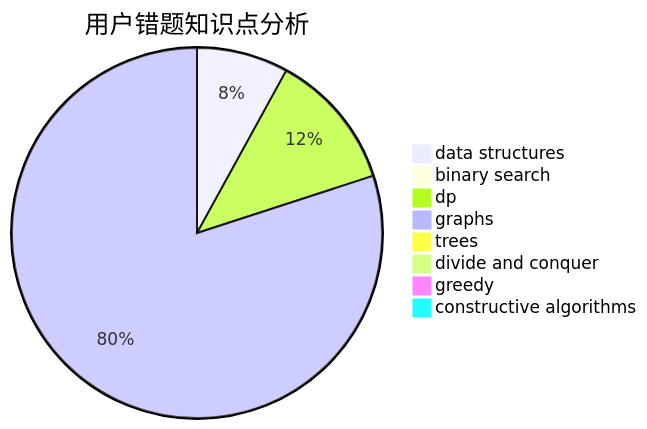
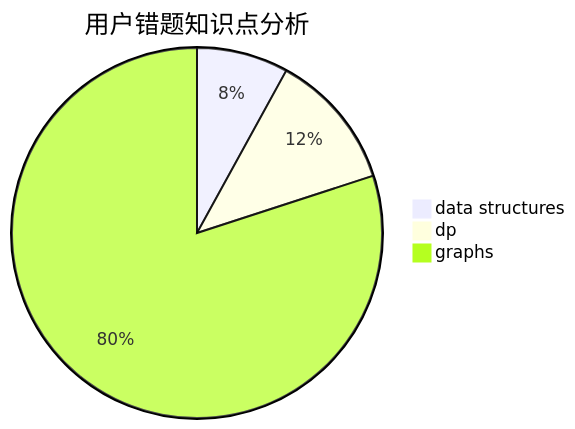
Before and after one commit to sherpahu/cfrs.github.io: the third of 3 diagrams in docs/user/u2314.md, drawn with Mermaid. The commit also changed other lines of this file and 2770 other files, not shown here.

````diff
--- a/docs/user/u2314.md
+++ b/docs/user/u2314.md
@@ -31,11 +27,6 @@
 ```mermaid
 pie title 用户错题知识点分析
     "data structures" :  2
-    "binary search" :  0
     "dp" :  3
     "graphs" :  20
-    "trees" :  0
-    "divide and conquer" :  0
-    "greedy" :  0
-    "constructive algorithms" :  0
 ```
````
